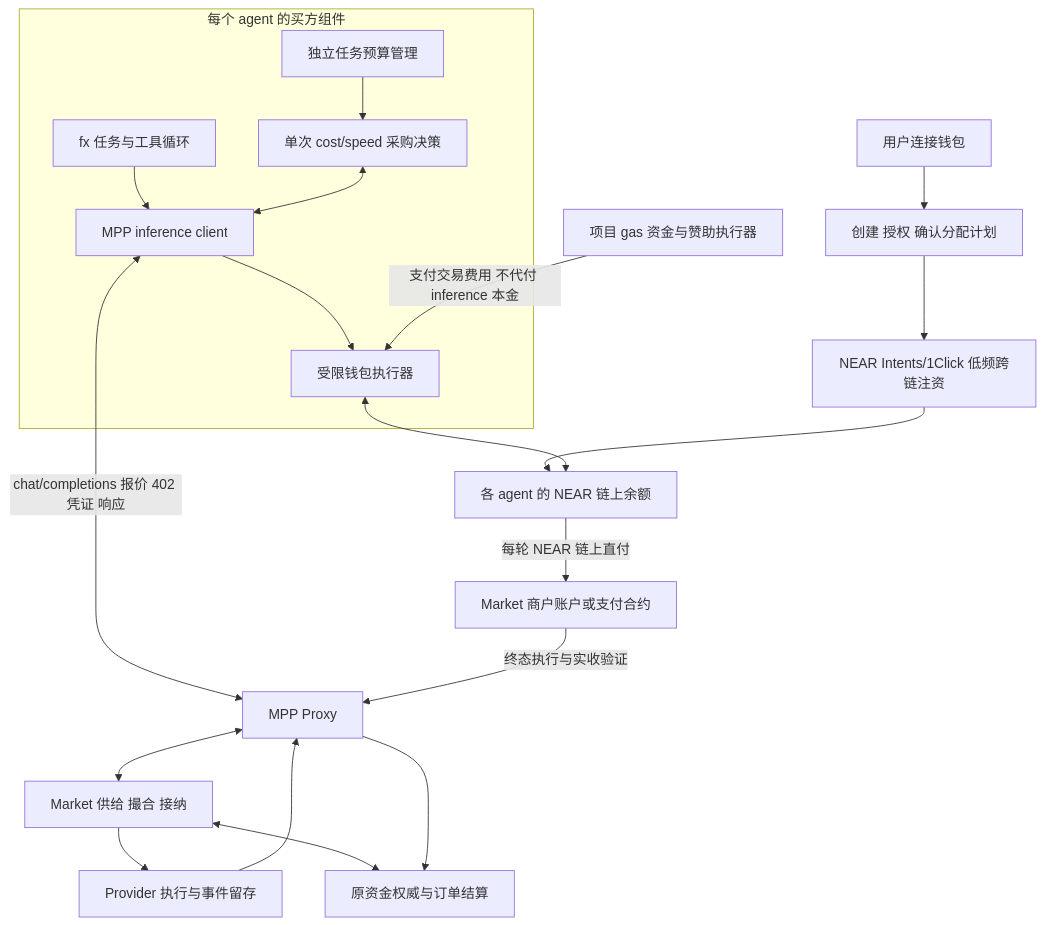
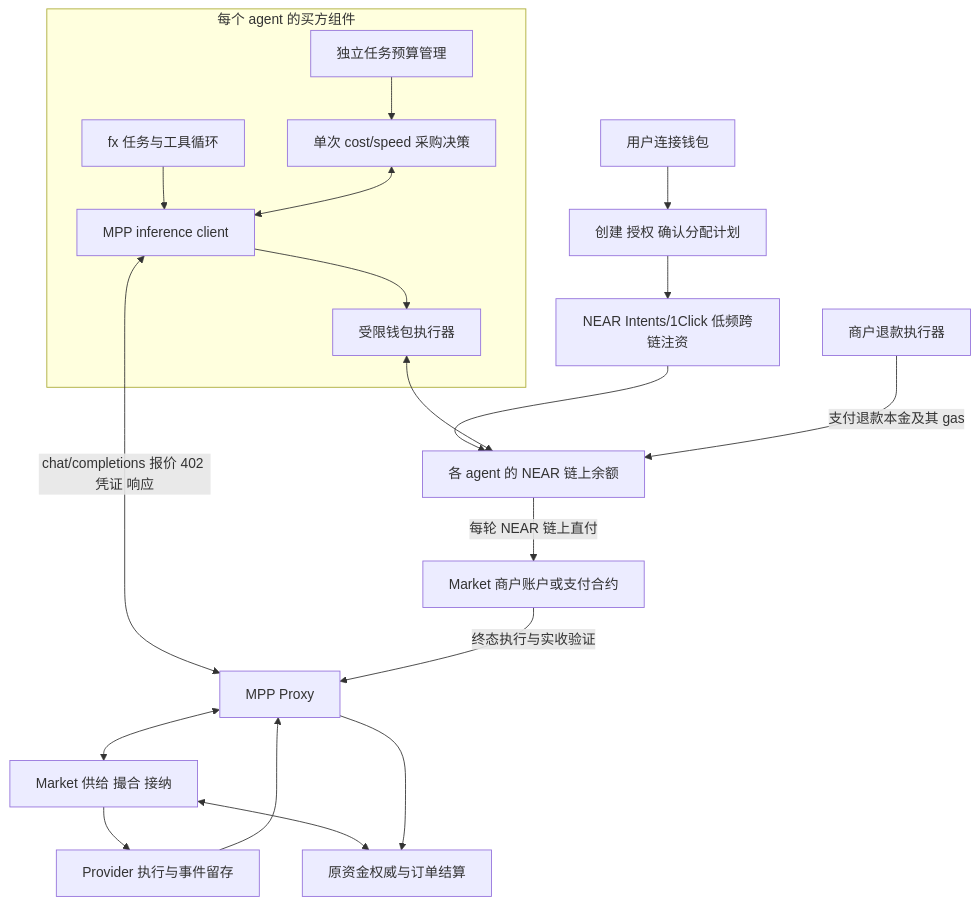
One commit to SPIKESPIGEL404/private-flex-inference-auctions changed the diagram in docs/specs/2026-11-14-agent-mpp-inference-integration.md. Above: the diagram before and after it, drawn with Mermaid. The commit also changed other lines of this file and 14 other files, not shown here.

````diff
--- a/docs/specs/2026-11-14-agent-mpp-inference-integration.md
+++ b/docs/specs/2026-11-14-agent-mpp-inference-integration.md
@@ -70,22 +72,22 @@
 ```mermaid
 flowchart TB
     O[用户连接钱包] --> S[创建 授权 确认分配计划]
     S --> X[NEAR Intents/1Click 低频跨链注资]
     X --> W[各 agent 的 NEAR 链上余额]
     subgraph A[每个 agent 的买方组件]
         F[fx 任务与工具循环] --> C[MPP inference client]
         B[独立任务预算管理] --> D[单次 cost/speed 采购决策]
         D <--> C
         C --> H[受限钱包执行器]
     end
     H <--> W
     C <-->|chat/completions 报价 402 凭证 响应| P[MPP Proxy]
     W -->|每轮 NEAR 链上直付| R[Market 商户账户或支付合约]
-    G[项目 gas 资金与赞助执行器] -->|支付交易费用 不代付 inference 本金| H
+    G[商户退款执行器] -->|支付退款本金及其 gas| W
     R -->|终态执行与实收验证| P
     P <--> M[Market 供给 撮合 接纳]
     M --> E[Provider 执行与事件留存]
     E --> P
     M <--> L[原资金权威与订单结算]
     P --> L
 ```
````
